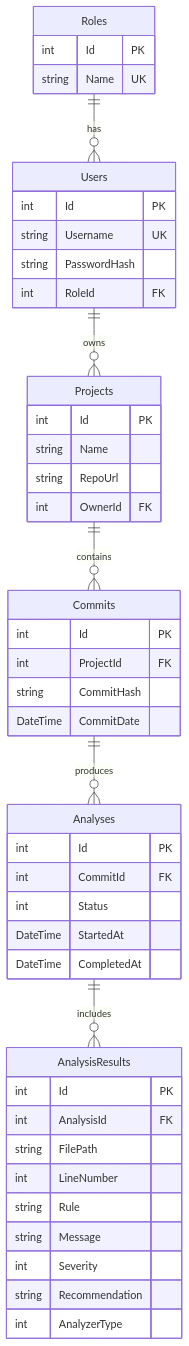
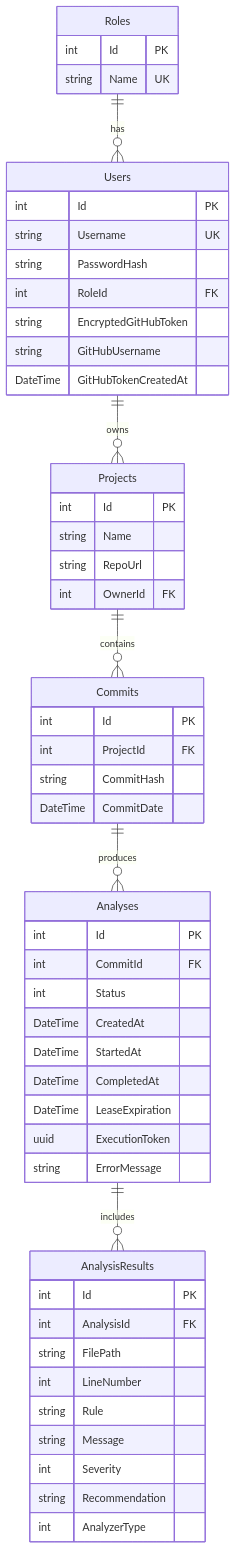
One commit to Vol4ok-69/CourseProject changed the diagram in docs/Исполнительное резюме.md. Above: the diagram before and after it, drawn with Mermaid. The commit also changed other lines of this file and 10 other files, not shown here.

````diff
--- a/docs/Исполнительное резюме.md
+++ b/docs/Исполнительное резюме.md
@@ -56,49 +63,56 @@
 ```mermaid
 erDiagram
     Roles ||--o{ Users : "has"
     Users ||--o{ Projects : "owns"
     Projects ||--o{ Commits : "contains"
     Commits ||--o{ Analyses : "produces"
     Analyses ||--o{ AnalysisResults : "includes"
 
     Roles {
         int Id PK
         string Name UK
     }
     Users {
         int Id PK
         string Username UK
         string PasswordHash
         int RoleId FK
+        string EncryptedGitHubToken
+        string GitHubUsername
+        DateTime GitHubTokenCreatedAt
     }
     Projects {
         int Id PK
         string Name
         string RepoUrl
         int OwnerId FK
     }
     Commits {
         int Id PK
         int ProjectId FK
         string CommitHash
         DateTime CommitDate
     }
     Analyses {
         int Id PK
         int CommitId FK
         int Status
+        DateTime CreatedAt
         DateTime StartedAt
         DateTime CompletedAt
+        DateTime LeaseExpiration
+        uuid ExecutionToken
+        string ErrorMessage
     }
     AnalysisResults {
         int Id PK
         int AnalysisId FK
         string FilePath
         int LineNumber
         string Rule
         string Message
         int Severity
         string Recommendation
         int AnalyzerType
     }
 ```
````
